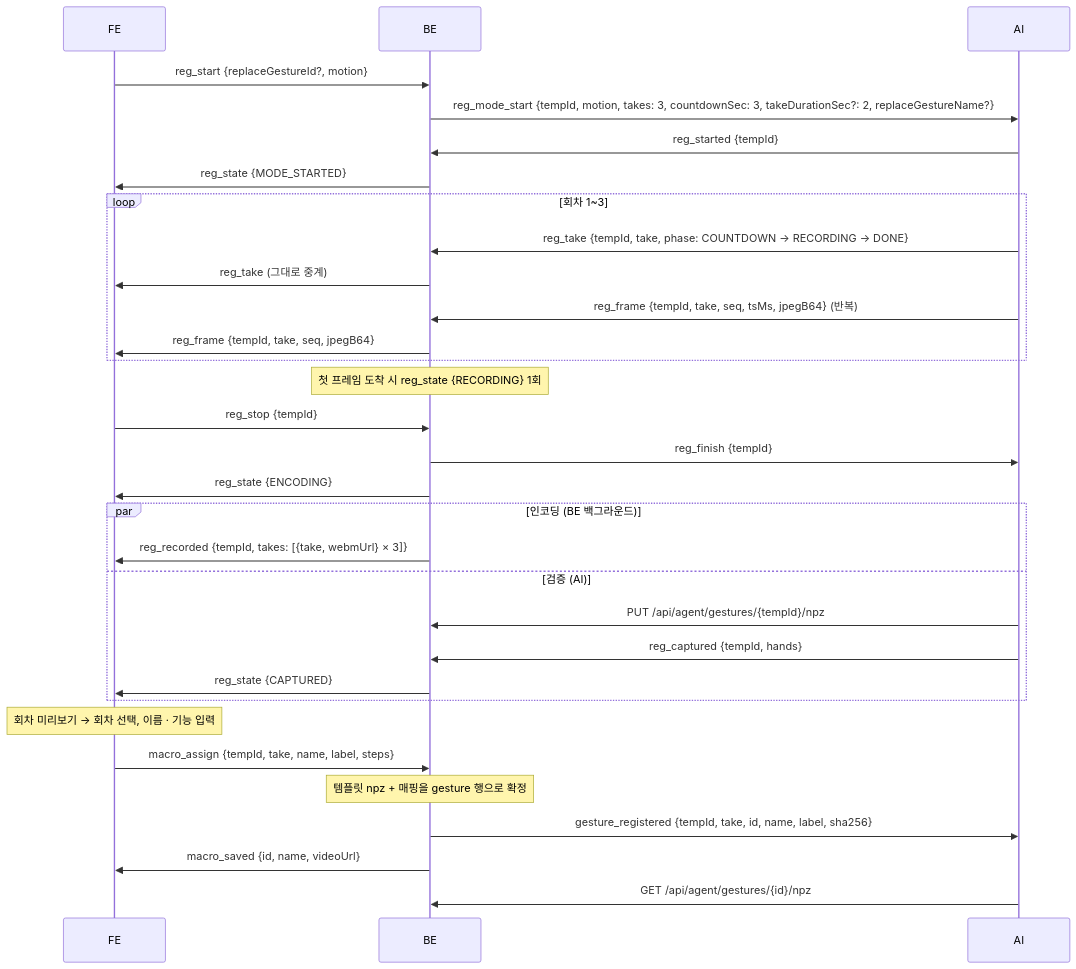
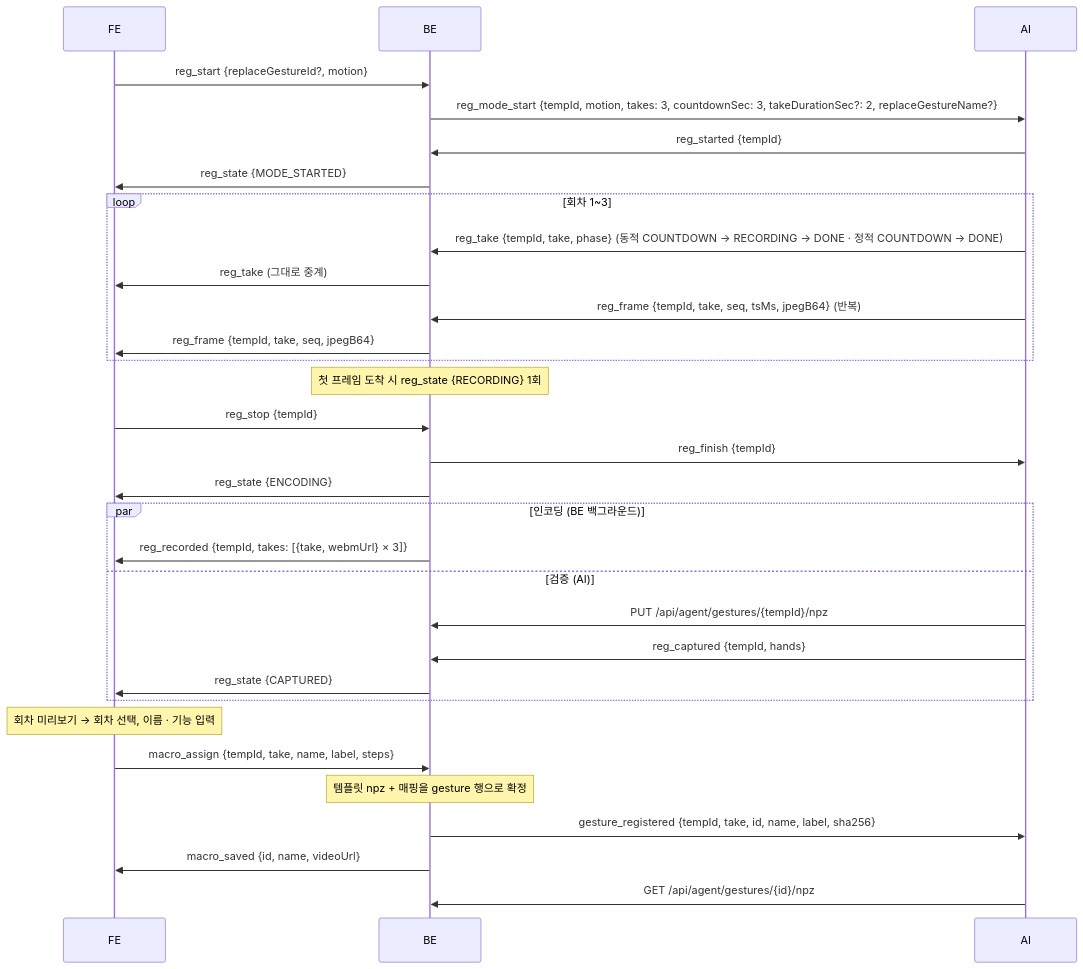
The sixth of 11 diagrams in Backend/docs/프로토콜.md (42JH/SIA), drawn with Mermaid before and after one commit. The commit also changed other lines of this file and 1 other file, not shown here.

````diff
--- a/Backend/docs/프로토콜.md
+++ b/Backend/docs/프로토콜.md
@@ -896,33 +902,33 @@
 ```mermaid
 sequenceDiagram
     participant FE
     participant BE
     participant AI
     FE->>BE: reg_start {replaceGestureId?, motion}
     BE->>AI: reg_mode_start {tempId, motion, takes: 3, countdownSec: 3, takeDurationSec?: 2, replaceGestureName?}
     AI->>BE: reg_started {tempId}
     BE->>FE: reg_state {MODE_STARTED}
     loop 회차 1~3
-        AI->>BE: reg_take {tempId, take, phase: COUNTDOWN → RECORDING → DONE}
+        AI->>BE: reg_take {tempId, take, phase} (동적 COUNTDOWN → RECORDING → DONE · 정적 COUNTDOWN → DONE)
         BE->>FE: reg_take (그대로 중계)
         AI->>BE: reg_frame {tempId, take, seq, tsMs, jpegB64} (반복)
         BE->>FE: reg_frame {tempId, take, seq, jpegB64}
     end
     Note over BE: 첫 프레임 도착 시 reg_state {RECORDING} 1회
     FE->>BE: reg_stop {tempId}
     BE->>AI: reg_finish {tempId}
     BE->>FE: reg_state {ENCODING}
     par 인코딩 (BE 백그라운드)
         BE->>FE: reg_recorded {tempId, takes: [{take, webmUrl} × 3]}
     and 검증 (AI)
         AI->>BE: PUT /api/agent/gestures/{tempId}/npz
         AI->>BE: reg_captured {tempId, hands}
         BE->>FE: reg_state {CAPTURED}
     end
     Note over FE: 회차 미리보기 → 회차 선택, 이름 · 기능 입력
     FE->>BE: macro_assign {tempId, take, name, label, steps}
     Note over BE: 템플릿 npz + 매핑을 gesture 행으로 확정
     BE->>AI: gesture_registered {tempId, take, id, name, label, sha256}
     BE->>FE: macro_saved {id, name, videoUrl}
     AI->>BE: GET /api/agent/gestures/{id}/npz
 ```
````
